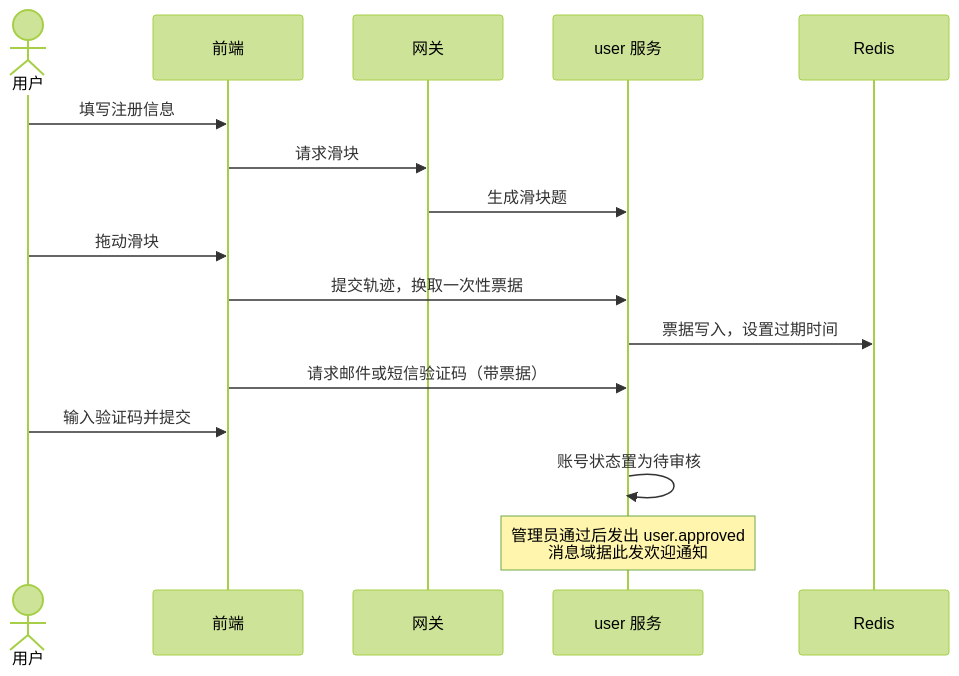
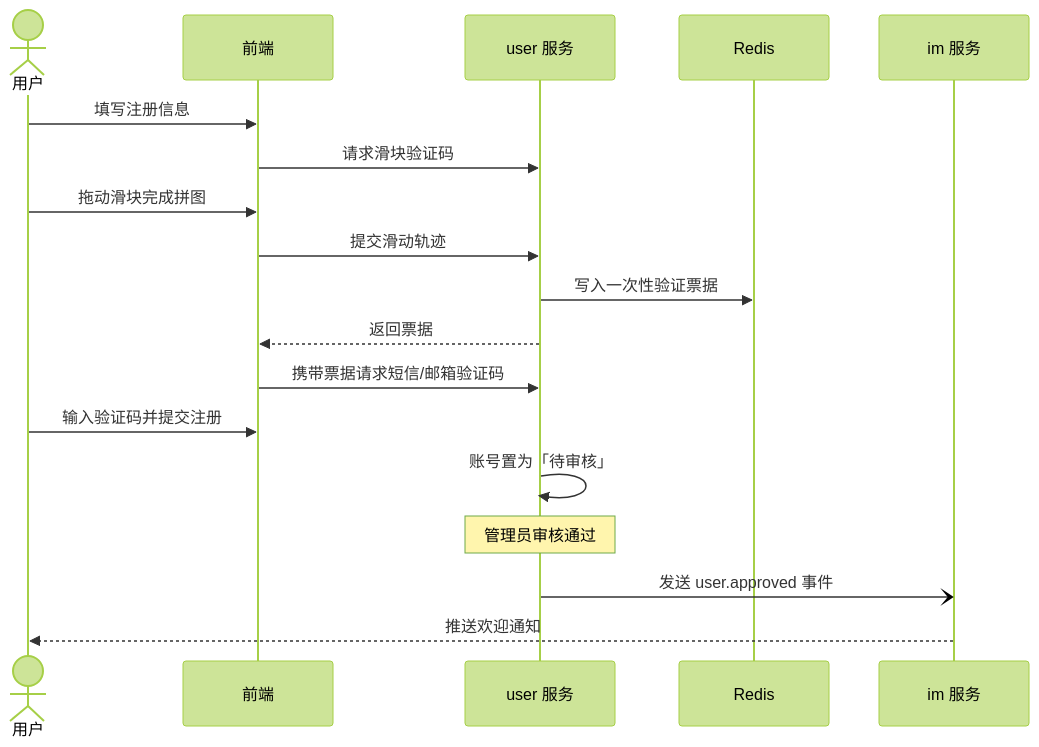
One commit to pluchon/meng_center changed the sixth of 14 diagrams in README.md. Above: the diagram before and after it, drawn with Mermaid (forest theme). The commit also changed other lines of this file and 42 other files, not shown here.

Commit message:
feat: 主页加入奶糖桌宠并更新海报，重写 README 和项目截图

````diff
--- a/README.md
+++ b/README.md
@@ -21,18 +155,21 @@
 ```mermaid
 sequenceDiagram
     actor U as 用户
     participant W as 前端
-    participant G as 网关
     participant S as user 服务
     participant R as Redis
+    participant I as im 服务
+
     U->>W: 填写注册信息
-    W->>G: 请求滑块
-    G->>S: 生成滑块题
-    U->>W: 拖动滑块
-    W->>S: 提交轨迹，换取一次性票据
-    S->>R: 票据写入，设置过期时间
-    W->>S: 请求邮件或短信验证码（带票据）
-    U->>W: 输入验证码并提交
-    S->>S: 账号状态置为待审核
-    Note over S: 管理员通过后发出 user.approved<br/>消息域据此发欢迎通知
+    W->>S: 请求滑块验证码
+    U->>W: 拖动滑块完成拼图
+    W->>S: 提交滑动轨迹
+    S->>R: 写入一次性验证票据
+    S-->>W: 返回票据
+    W->>S: 携带票据请求短信/邮箱验证码
+    U->>W: 输入验证码并提交注册
+    S->>S: 账号置为「待审核」
+    Note over S: 管理员审核通过
+    S-)I: 发送 user.approved 事件
+    I-->>U: 推送欢迎通知
 ```
````
